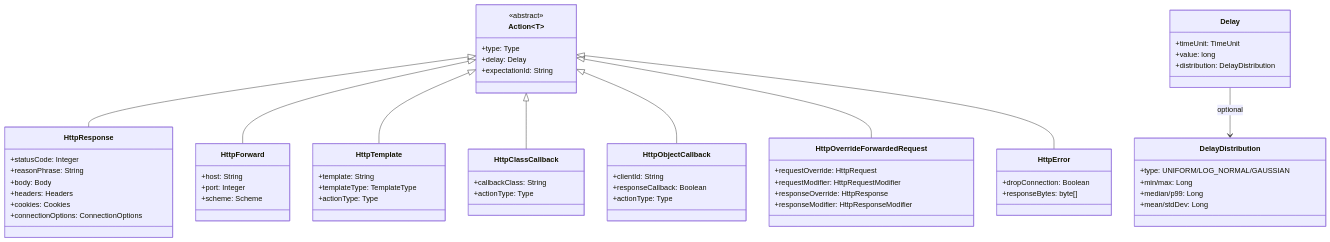
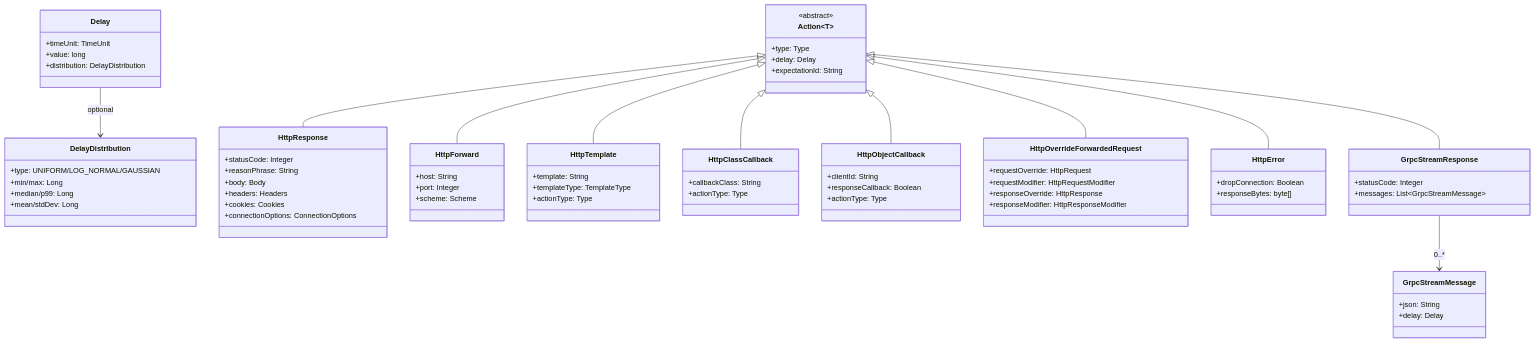
The second of 7 diagrams in docs/code/domain-model.md (mock-server/mockserver), drawn with Mermaid before and after one commit. The commit also changed other lines of this file and 42 other files, not shown here.

````diff
--- a/docs/code/domain-model.md
+++ b/docs/code/domain-model.md
@@ -52,66 +52,77 @@
 ```mermaid
 classDiagram
     class Action~T~ {
         <<abstract>>
         +type: Type
         +delay: Delay
         +expectationId: String
     }
     class Delay {
         +timeUnit: TimeUnit
         +value: long
         +distribution: DelayDistribution
     }
     class DelayDistribution {
         +type: UNIFORM/LOG_NORMAL/GAUSSIAN
         +min/max: Long
         +median/p99: Long
         +mean/stdDev: Long
     }
     Delay --> DelayDistribution : optional
     class HttpResponse {
         +statusCode: Integer
         +reasonPhrase: String
         +body: Body
         +headers: Headers
         +cookies: Cookies
         +connectionOptions: ConnectionOptions
     }
     class HttpForward {
         +host: String
         +port: Integer
         +scheme: Scheme
     }
     class HttpTemplate {
         +template: String
         +templateType: TemplateType
         +actionType: Type
     }
     class HttpClassCallback {
         +callbackClass: String
         +actionType: Type
     }
     class HttpObjectCallback {
         +clientId: String
         +responseCallback: Boolean
         +actionType: Type
     }
     class HttpOverrideForwardedRequest {
         +requestOverride: HttpRequest
         +requestModifier: HttpRequestModifier
         +responseOverride: HttpResponse
         +responseModifier: HttpResponseModifier
     }
     class HttpError {
         +dropConnection: Boolean
         +responseBytes: byte[]
     }
 
     Action <|-- HttpResponse
     Action <|-- HttpForward
     Action <|-- HttpTemplate
     Action <|-- HttpClassCallback
     Action <|-- HttpObjectCallback
     Action <|-- HttpOverrideForwardedRequest
+    class GrpcStreamResponse {
+        +statusCode: Integer
+        +messages: List~GrpcStreamMessage~
+    }
+    class GrpcStreamMessage {
+        +json: String
+        +delay: Delay
+    }
+    GrpcStreamResponse --> GrpcStreamMessage : 0..*
+
     Action <|-- HttpError
+    Action <|-- GrpcStreamResponse
 ```
````
